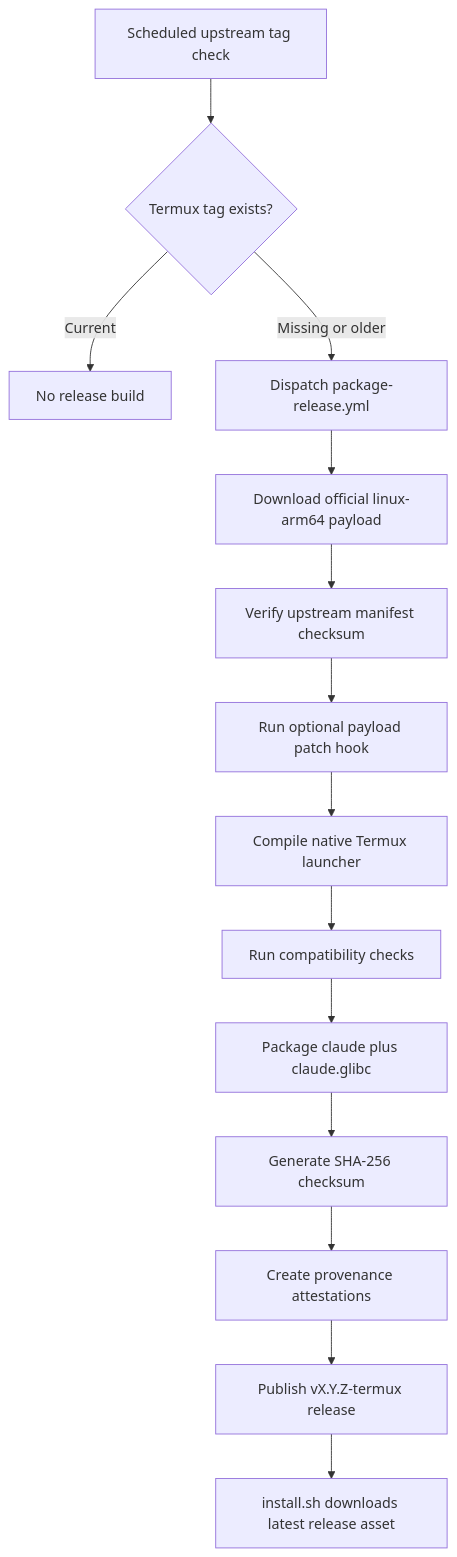
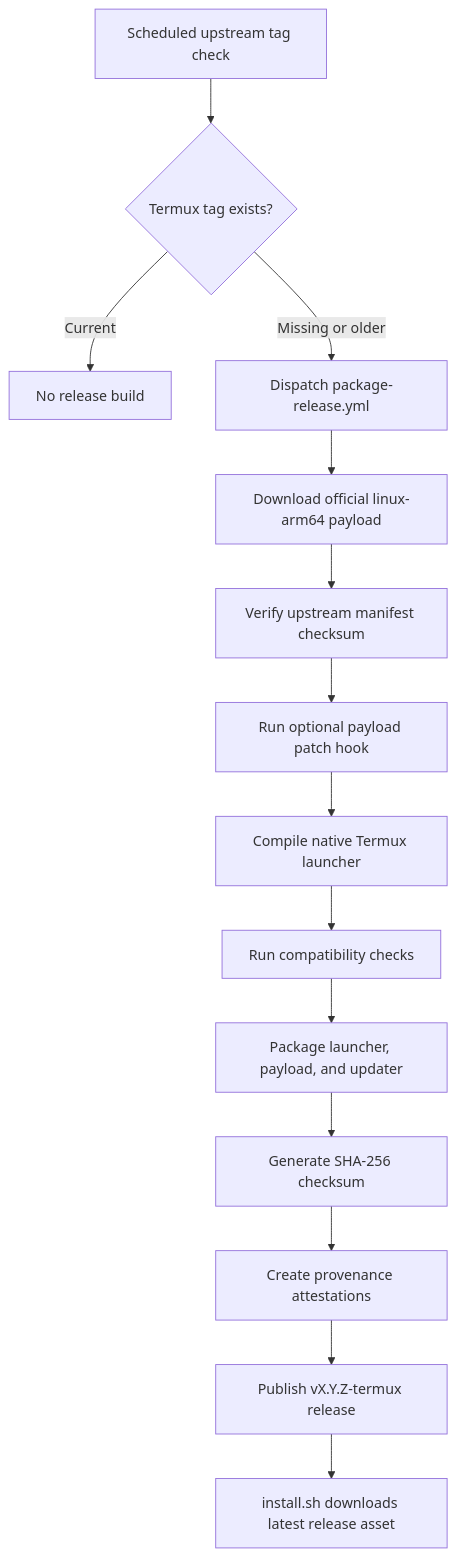
Before and after one commit to wallentx/claude-code-termux: the diagram in README.md, drawn with Mermaid. The commit also changed other lines of this file and 6 other files, not shown here.

````diff
--- a/README.md
+++ b/README.md
@@ -47,16 +48,16 @@
 ```mermaid
 graph TD
     A[Scheduled upstream tag check] --> B{Termux tag exists?}
     B -- Current --> C[No release build]
     B -- Missing or older --> D[Dispatch package-release.yml]
     D --> E[Download official linux-arm64 payload]
     E --> F[Verify upstream manifest checksum]
     F --> G[Run optional payload patch hook]
     G --> H[Compile native Termux launcher]
     H --> I[Run compatibility checks]
-    I --> J[Package claude plus claude.glibc]
+    I --> J[Package launcher, payload, and updater]
     J --> K[Generate SHA-256 checksum]
     K --> L[Create provenance attestations]
     L --> M[Publish vX.Y.Z-termux release]
     M --> N[install.sh downloads latest release asset]
 ```
````
